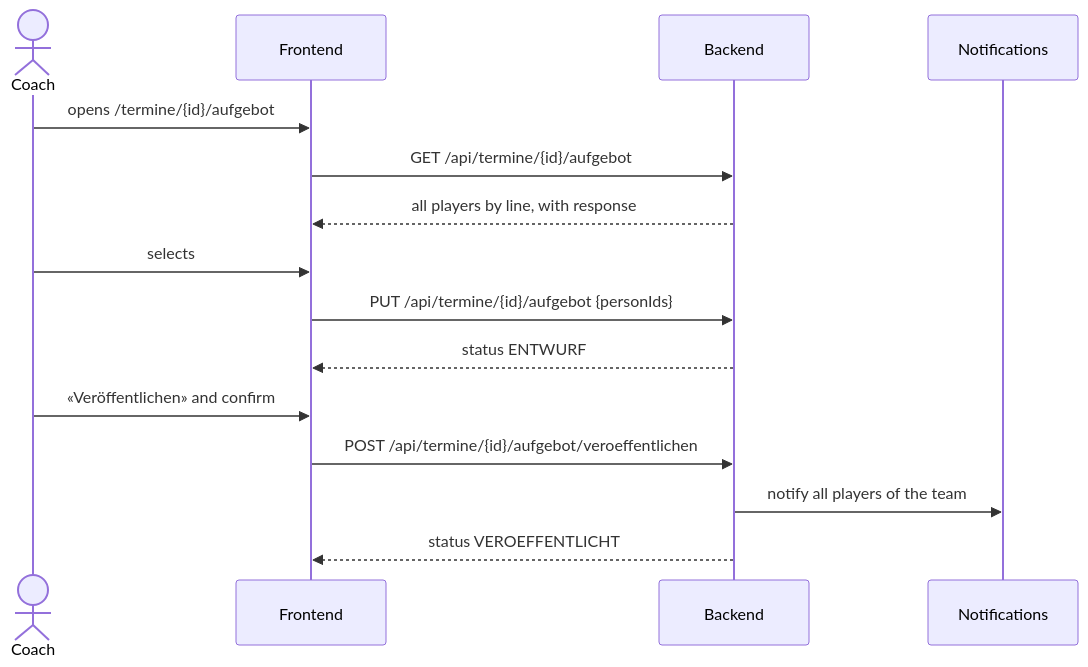
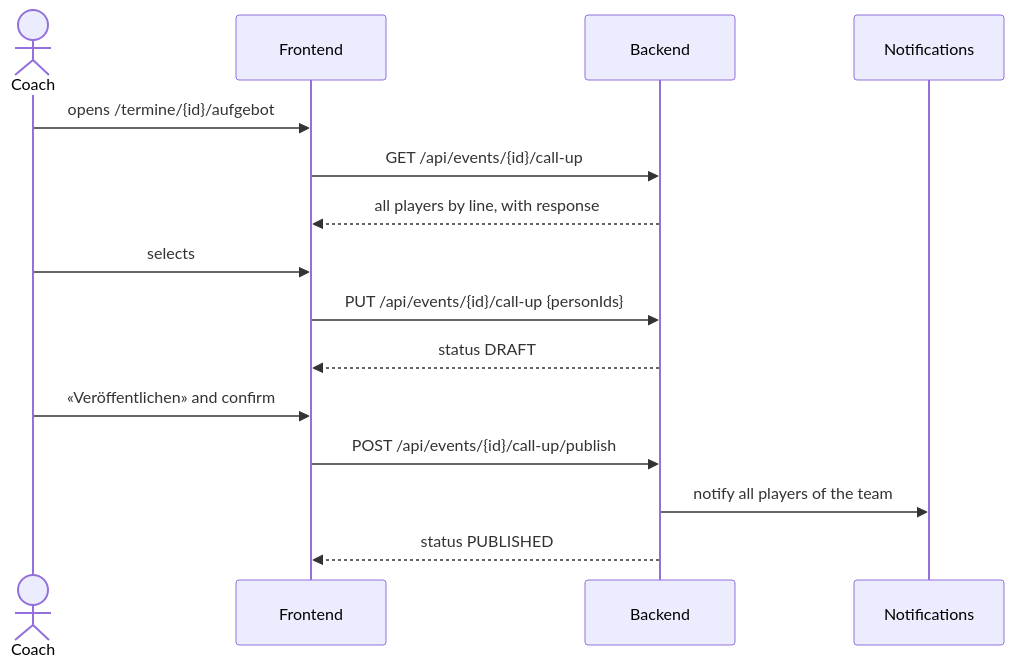
One commit to cyrilleulmi/StvBeroPlatform changed diagram 12 of 13 in docs/states.md. Above: the diagram before and after it, drawn with Mermaid. The commit also changed other lines of this file and 435 other files, not shown here.

````diff
--- a/docs/states.md
+++ b/docs/states.md
@@ -310,17 +310,17 @@
 ```mermaid
 sequenceDiagram
     actor C as Coach
     participant F as Frontend
     participant B as Backend
     participant N as Notifications
     C->>F: opens /termine/{id}/aufgebot
-    F->>B: GET /api/termine/{id}/aufgebot
+    F->>B: GET /api/events/{id}/call-up
     B-->>F: all players by line, with response
     C->>F: selects
-    F->>B: PUT /api/termine/{id}/aufgebot {personIds}
-    B-->>F: status ENTWURF
+    F->>B: PUT /api/events/{id}/call-up {personIds}
+    B-->>F: status DRAFT
     C->>F: «Veröffentlichen» and confirm
-    F->>B: POST /api/termine/{id}/aufgebot/veroeffentlichen
+    F->>B: POST /api/events/{id}/call-up/publish
     B->>N: notify all players of the team
-    B-->>F: status VEROEFFENTLICHT
+    B-->>F: status PUBLISHED
 ```
````
